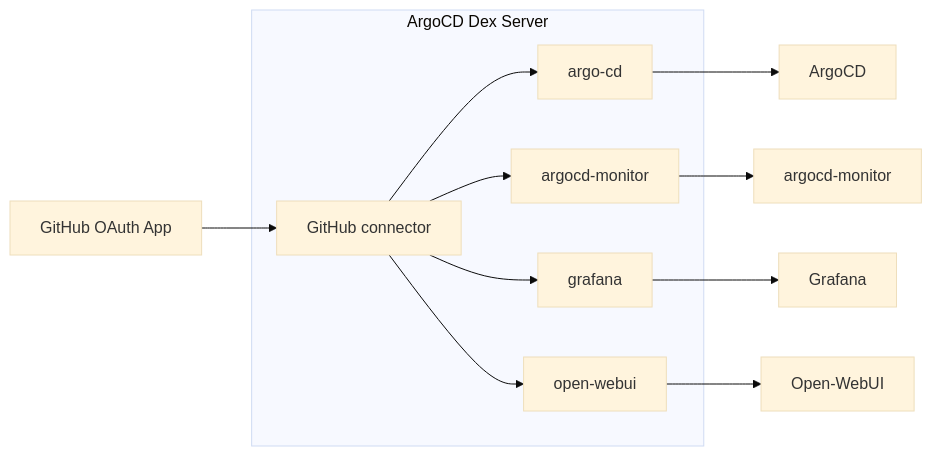
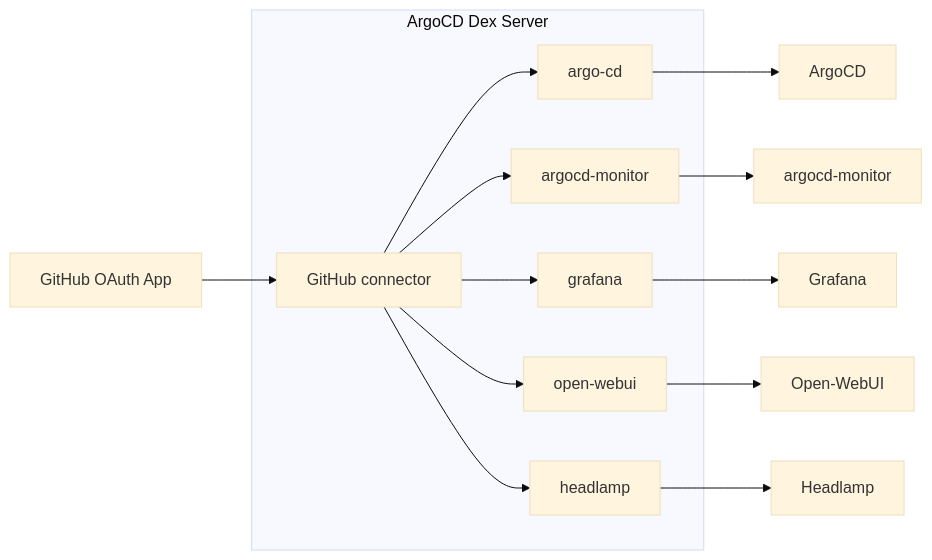
Before and after one commit to gilesknap/tpi-k3s-ansible: the second of 6 diagrams in docs/explanations/authentication.md, drawn with Mermaid (base theme). The commit also changed other lines of this file and 11 other files, not shown here.

````diff
--- a/docs/explanations/authentication.md
+++ b/docs/explanations/authentication.md
@@ -70,19 +70,21 @@
 ```{mermaid}
 flowchart LR
     GH[GitHub OAuth App]
 
     subgraph Dex["ArgoCD Dex Server"]
         CON[GitHub connector]
         CON --> C1[argo-cd]
         CON --> C2[argocd-monitor]
         CON --> C3[grafana]
         CON --> C4[open-webui]
+        CON --> C5[headlamp]
     end
 
     GH --> CON
 
     C1 --> ArgoCD
     C2 --> argocd-monitor
     C3 --> Grafana
     C4 --> Open-WebUI
+    C5 --> Headlamp
 ```
````
